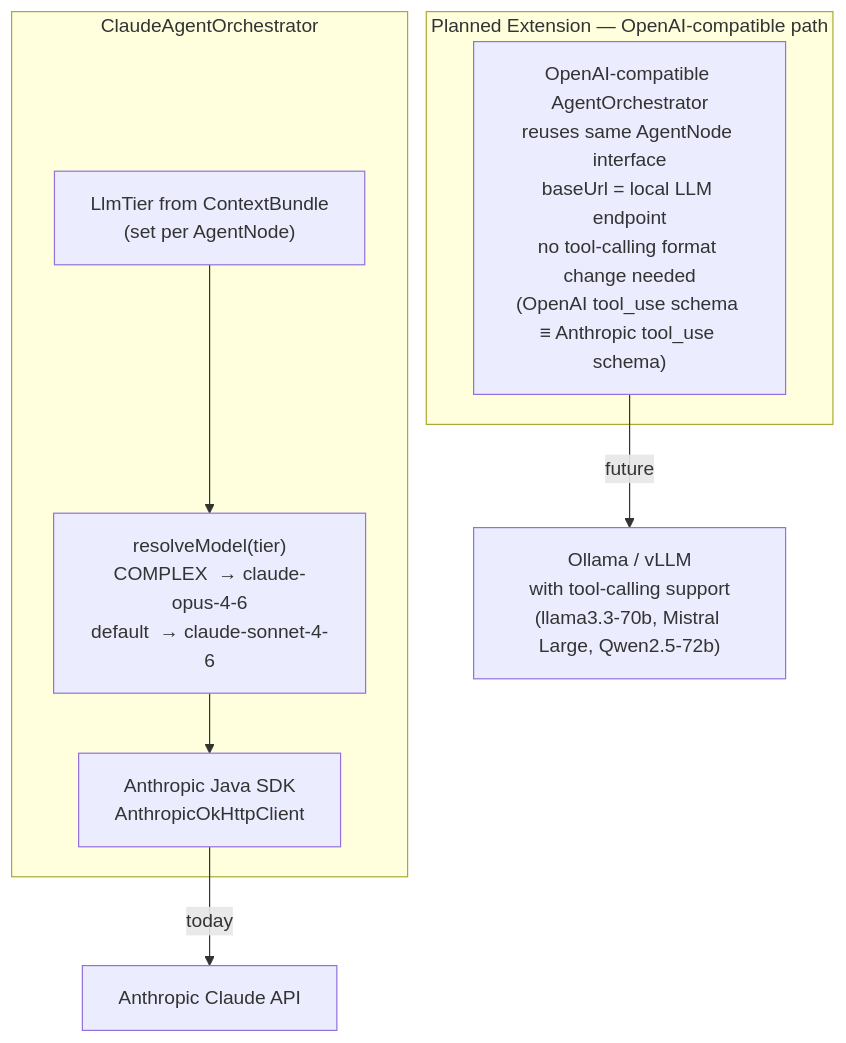
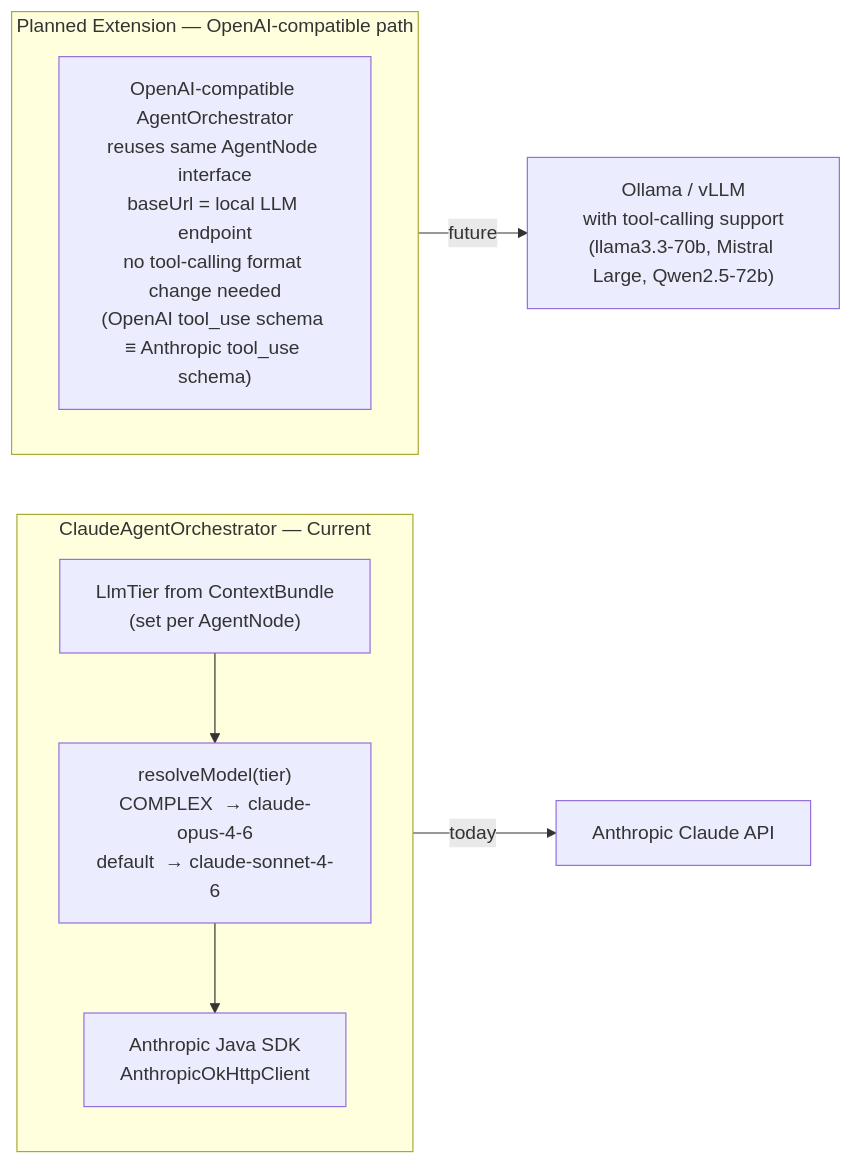
Diagram 12 of 13 in docs/system-architecture-current.md (NDViet/test-automation-platform), drawn with Mermaid before and after one commit. The commit also changed other lines of this file and 1 other file, not shown here.

````diff
--- a/docs/system-architecture-current.md
+++ b/docs/system-architecture-current.md
@@ -658,17 +670,18 @@
 ```mermaid
-flowchart TD
-    subgraph ORCH["ClaudeAgentOrchestrator"]
+flowchart LR
+    subgraph ORCH["ClaudeAgentOrchestrator — Current"]
+        direction TB
         TIER["LlmTier from ContextBundle<br/>(set per AgentNode)"]
         RES["resolveModel(tier)<br/>COMPLEX  → claude-opus-4-6<br/>default  → claude-sonnet-4-6"]
         SDK["Anthropic Java SDK<br/>AnthropicOkHttpClient"]
     end
 
     subgraph FUTURE["Planned Extension — OpenAI-compatible path"]
+        direction TB
         OAS["OpenAI-compatible AgentOrchestrator<br/>reuses same AgentNode interface<br/>baseUrl = local LLM endpoint<br/>no tool-calling format change needed<br/>(OpenAI tool_use schema ≡ Anthropic tool_use schema)"]
     end
 
-    TIER --> RES
-    RES --> SDK
+    TIER --> RES --> SDK
     SDK -->|"today"| ANTHROPIC["Anthropic Claude API"]
     OAS -->|"future"| LOCAL_AGENT["Ollama / vLLM<br/>with tool-calling support<br/>(llama3.3-70b, Mistral Large, Qwen2.5-72b)"]
 ```
````
